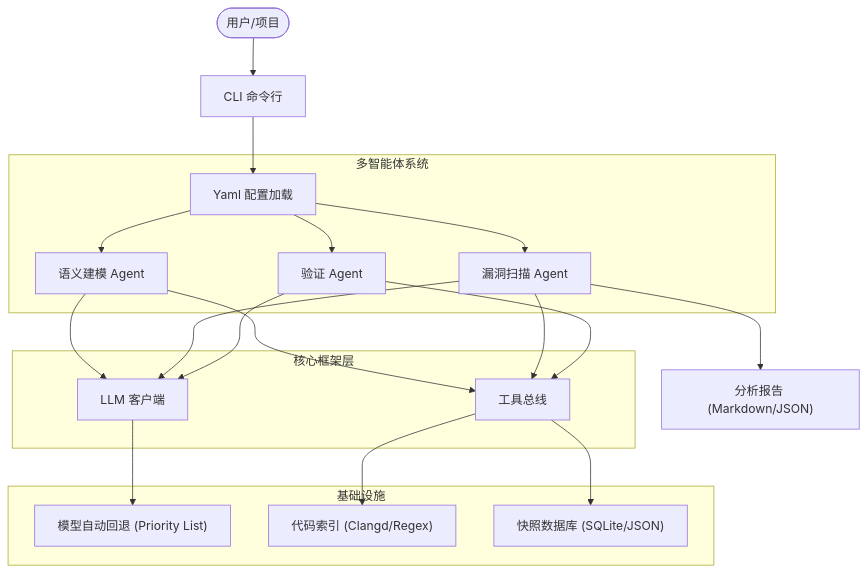
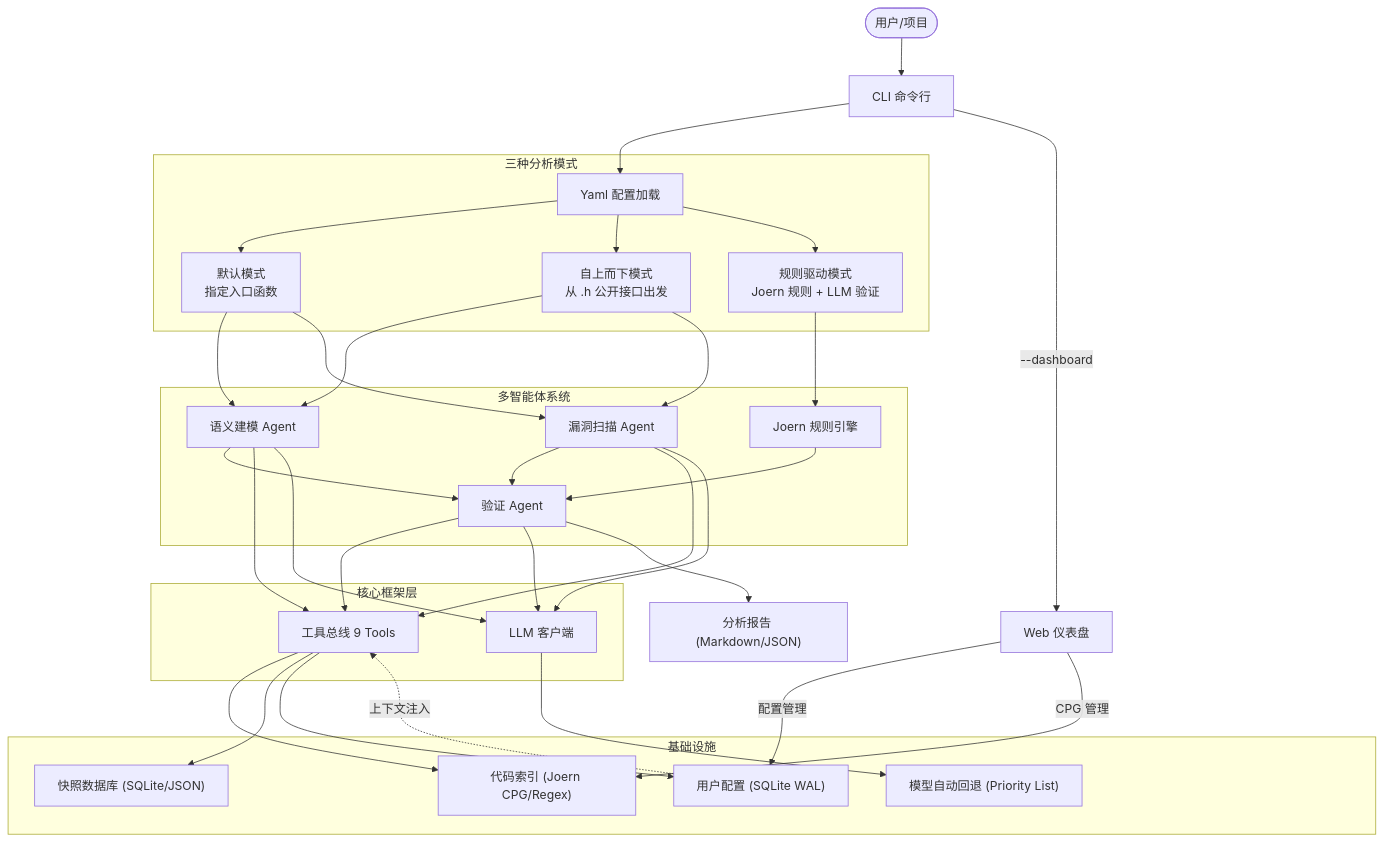
Before and after one commit to zealousness/Z-Scope: the diagram in zscope/README.md, drawn with Mermaid. The commit also changed other lines of this file and 44 other files, not shown here.

First line of the commit message:
feat: add user config system, rule-driven mode, async CPG build, and WebUI enhancement

````diff
--- a/zscope/README.md
+++ b/zscope/README.md
@@ -19,28 +20,44 @@
 ```mermaid
 graph TD
     User([用户/项目]) --> CLI[CLI 命令行]
     CLI --> Config[Yaml 配置加载]
-    
+    CLI --> |--dashboard| WebUI[Web 仪表盘]
+
+    subgraph Modes [三种分析模式]
+        Config --> Default[默认模式<br/>指定入口函数]
+        Config --> TopDown[自上而下模式<br/>从 .h 公开接口出发]
+        Config --> RuleDriven[规则驱动模式<br/>Joern 规则 + LLM 验证]
+    end
+
     subgraph Agents [多智能体系统]
-        Config --> Modeler[语义建模 Agent]
-        Config --> Analyzer[漏洞扫描 Agent]
-        Config --> Validator[验证 Agent]
+        Default --> Modeler[语义建模 Agent]
+        Default --> VulnAnalyzer[漏洞扫描 Agent]
+        TopDown --> Modeler
+        TopDown --> VulnAnalyzer
+        RuleDriven --> RuleEngine[Joern 规则引擎]
+        RuleEngine --> Validator[验证 Agent]
+        Modeler --> Validator
+        VulnAnalyzer --> Validator
     end
-    
+
     subgraph Framework [核心框架层]
-        Modeler --> ToolBus[工具总线]
-        Analyzer --> ToolBus
+        Modeler --> ToolBus[工具总线 9 Tools]
+        VulnAnalyzer --> ToolBus
         Validator --> ToolBus
         Modeler --> LLM[LLM 客户端]
-        Analyzer --> LLM
+        VulnAnalyzer --> LLM
         Validator --> LLM
     end
-    
+
     subgraph Infrastructure [基础设施]
         LLM --> Fallback["模型自动回退 (Priority List)"]
-        ToolBus --> CodeIndex["代码索引 (Clangd/Regex)"]
+        ToolBus --> CodeIndex["代码索引 (Joern CPG/Regex)"]
         ToolBus --> SnapStore["快照数据库 (SQLite/JSON)"]
+        ToolBus --> UserConfig["用户配置 (SQLite WAL)"]
     end
-    
-    Analyzer --> Reports["分析报告 (Markdown/JSON)"]
+
+    WebUI --> |配置管理| UserConfig
+    WebUI --> |CPG 管理| CodeIndex
+    Validator --> Reports["分析报告 (Markdown/JSON)"]
+    UserConfig -.-> |上下文注入| ToolBus
 ```
````
